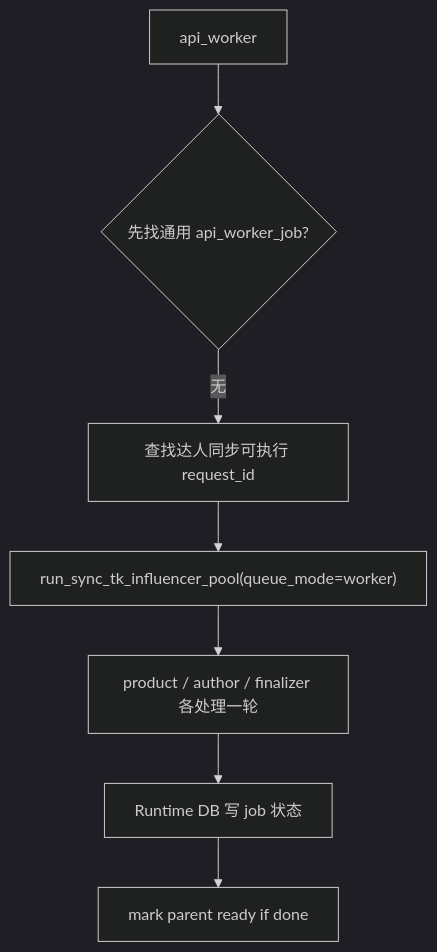
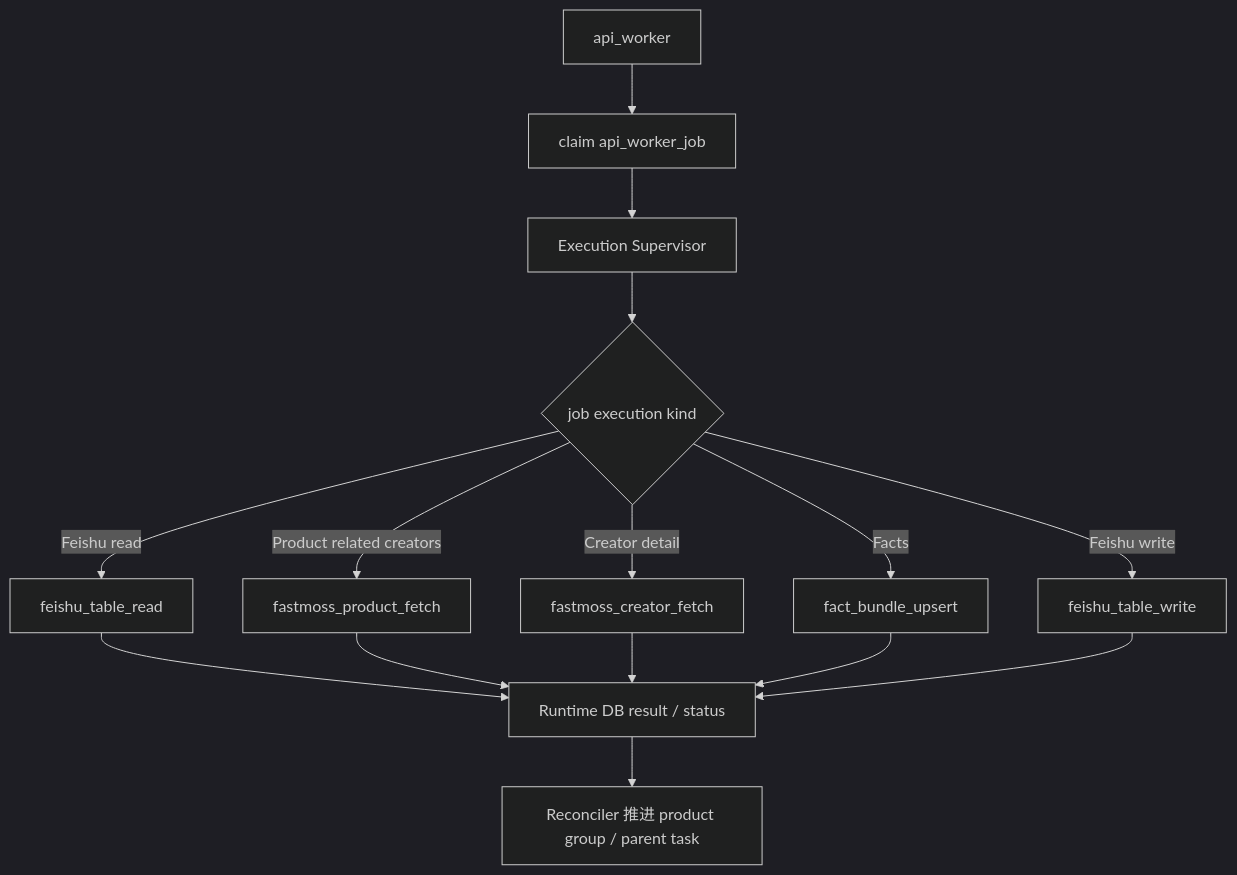
One commit to knighterrantsky/mujitask changed the fifth of 5 diagrams in docs/arch/workflow-influencer-pool-sync-design.md. Above: the diagram before and after it, drawn with Mermaid (dark theme). The commit also changed other lines of this file and 53 other files, not shown here.

````diff
--- a/docs/arch/workflow-influencer-pool-sync-design.md
+++ b/docs/arch/workflow-influencer-pool-sync-design.md
@@ -114,9 +170,17 @@
 ```mermaid
 flowchart TD
-    A["api_worker"] --> B{"先找通用 api_worker_job?"}
-    B -->|无| C["查找达人同步可执行 request_id"]
-    C --> D["run_sync_tk_influencer_pool(queue_mode=worker)"]
-    D --> E["product / author / finalizer 各处理一轮"]
-    E --> F["Runtime DB 写 job 状态"]
-    F --> G["mark parent ready if done"]
+    A["api_worker"] --> B["claim api_worker_job"]
+    B --> C["Execution Supervisor"]
+    C --> D{"job execution kind"}
+    D -->|Feishu read| E["feishu_table_read"]
+    D -->|Product related creators| F["fastmoss_product_fetch"]
+    D -->|Creator detail| G["fastmoss_creator_fetch"]
+    D -->|Facts| H["fact_bundle_upsert"]
+    D -->|Feishu write| I["feishu_table_write"]
+    E --> J["Runtime DB result / status"]
+    F --> J
+    G --> J
+    H --> J
+    I --> J
+    J --> K["Reconciler 推进 product group / parent task"]
 ```
````
